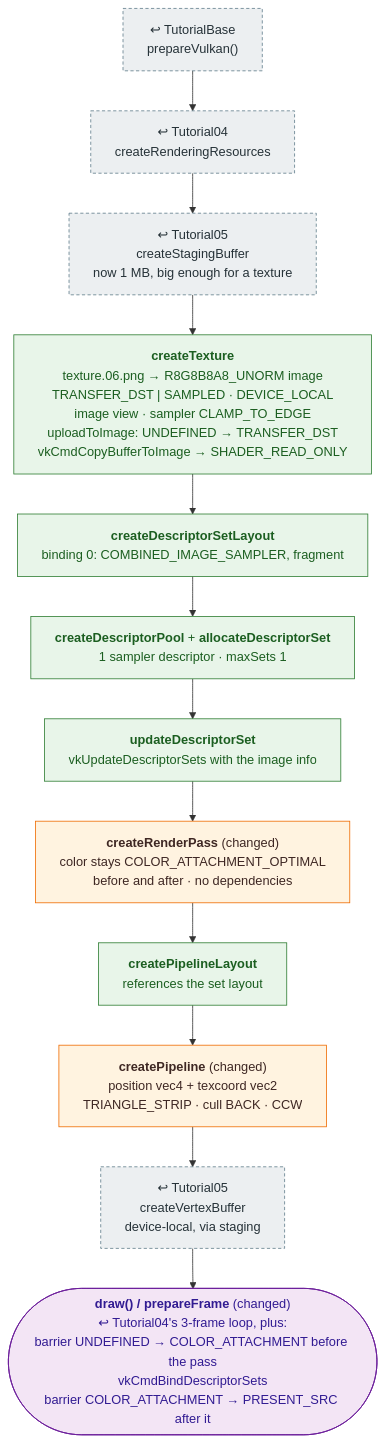
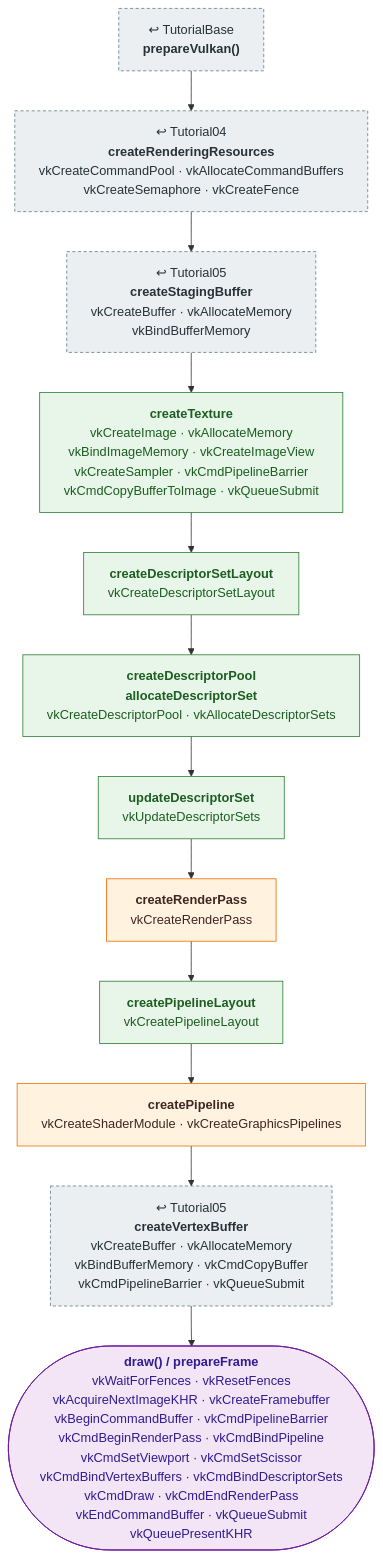
Before and after one commit to mehoggan/vulkan_graphix: the diagram in docs/pipeline/06_descriptor_sets.md, drawn with Mermaid. The commit also changed other lines of this file and 24 other files, not shown here.

First line of the commit message:
docs: label pipeline boxes with the Vulkan calls each step makes

````diff
--- a/docs/pipeline/06_descriptor_sets.md
+++ b/docs/pipeline/06_descriptor_sets.md
@@ -12,23 +12,23 @@
 ```mermaid
 %%{init: {"flowchart": {"wrappingWidth": 400}}}%%
 flowchart TD
     classDef reused fill:#eceff1,stroke:#607d8b,stroke-dasharray:4 3,color:#263238
     classDef changed fill:#fff3e0,stroke:#ef6c00,color:#3e2723
     classDef new fill:#e8f5e9,stroke:#2e7d32,color:#1b5e20
     classDef frame fill:#f3e5f5,stroke:#6a1b9a,color:#311b92
 
-    BASE["↩ TutorialBase<br/>prepareVulkan()"]:::reused
-    RR["↩ Tutorial04<br/>createRenderingResources"]:::reused
-    STG["↩ Tutorial05<br/>createStagingBuffer<br/>now 1 MB, big enough for a texture"]:::reused
-    TEX["<b>createTexture</b><br/>texture.06.png → R8G8B8A8_UNORM image<br/>TRANSFER_DST | SAMPLED · DEVICE_LOCAL<br/>image view · sampler CLAMP_TO_EDGE<br/>uploadToImage: UNDEFINED → TRANSFER_DST<br/>vkCmdCopyBufferToImage → SHADER_READ_ONLY"]:::new
-    DSL["<b>createDescriptorSetLayout</b><br/>binding 0: COMBINED_IMAGE_SAMPLER, fragment"]:::new
-    POOL["<b>createDescriptorPool</b> + <b>allocateDescriptorSet</b><br/>1 sampler descriptor · maxSets 1"]:::new
-    UPD["<b>updateDescriptorSet</b><br/>vkUpdateDescriptorSets with the image info"]:::new
-    RP["<b>createRenderPass</b> (changed)<br/>color stays COLOR_ATTACHMENT_OPTIMAL<br/>before and after · no dependencies"]:::changed
-    PLL["<b>createPipelineLayout</b><br/>references the set layout"]:::new
-    PIPE["<b>createPipeline</b> (changed)<br/>position vec4 + texcoord vec2<br/>TRIANGLE_STRIP · cull BACK · CCW"]:::changed
-    VB["↩ Tutorial05<br/>createVertexBuffer<br/>device-local, via staging"]:::reused
-    DRAW(["<b>draw() / prepareFrame</b> (changed)<br/>↩ Tutorial04's 3-frame loop, plus:<br/>barrier UNDEFINED → COLOR_ATTACHMENT before the pass<br/>vkCmdBindDescriptorSets<br/>barrier COLOR_ATTACHMENT → PRESENT_SRC after it"]):::frame
+    BASE["↩ TutorialBase<br/><b>prepareVulkan()</b>"]:::reused
+    RR["↩ Tutorial04<br/><b>createRenderingResources</b><br/>vkCreateCommandPool  ·  vkAllocateCommandBuffers<br/>vkCreateSemaphore  ·  vkCreateFence"]:::reused
+    STG["↩ Tutorial05<br/><b>createStagingBuffer</b><br/>vkCreateBuffer  ·  vkAllocateMemory<br/>vkBindBufferMemory"]:::reused
+    TEX["<b>createTexture</b><br/>vkCreateImage  ·  vkAllocateMemory<br/>vkBindImageMemory  ·  vkCreateImageView<br/>vkCreateSampler  ·  vkCmdPipelineBarrier<br/>vkCmdCopyBufferToImage  ·  vkQueueSubmit"]:::new
+    DSL["<b>createDescriptorSetLayout</b><br/>vkCreateDescriptorSetLayout"]:::new
+    POOL["<b>createDescriptorPool</b><br/><b>allocateDescriptorSet</b><br/>vkCreateDescriptorPool  ·  vkAllocateDescriptorSets"]:::new
+    UPD["<b>updateDescriptorSet</b><br/>vkUpdateDescriptorSets"]:::new
+    RP["<b>createRenderPass</b><br/>vkCreateRenderPass"]:::changed
+    PLL["<b>createPipelineLayout</b><br/>vkCreatePipelineLayout"]:::new
+    PIPE["<b>createPipeline</b><br/>vkCreateShaderModule  ·  vkCreateGraphicsPipelines"]:::changed
+    VB["↩ Tutorial05<br/><b>createVertexBuffer</b><br/>vkCreateBuffer  ·  vkAllocateMemory<br/>vkBindBufferMemory  ·  vkCmdCopyBuffer<br/>vkCmdPipelineBarrier  ·  vkQueueSubmit"]:::reused
+    DRAW(["<b>draw() / prepareFrame</b><br/>vkWaitForFences  ·  vkResetFences<br/>vkAcquireNextImageKHR  ·  vkCreateFramebuffer<br/>vkBeginCommandBuffer  ·  vkCmdPipelineBarrier<br/>vkCmdBeginRenderPass  ·  vkCmdBindPipeline<br/>vkCmdSetViewport  ·  vkCmdSetScissor<br/>vkCmdBindVertexBuffers  ·  vkCmdBindDescriptorSets<br/>vkCmdDraw  ·  vkCmdEndRenderPass<br/>vkEndCommandBuffer  ·  vkQueueSubmit<br/>vkQueuePresentKHR"]):::frame
 
     BASE --> RR --> STG --> TEX --> DSL --> POOL --> UPD --> RP --> PLL --> PIPE --> VB --> DRAW
 ```
````
